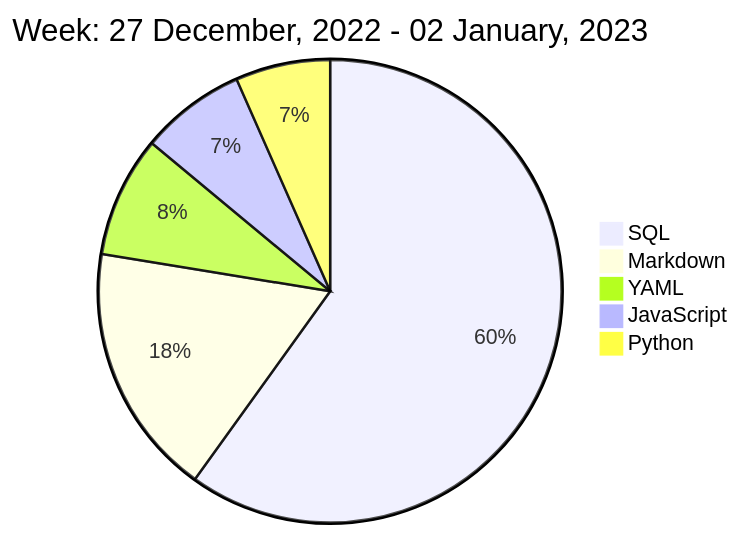
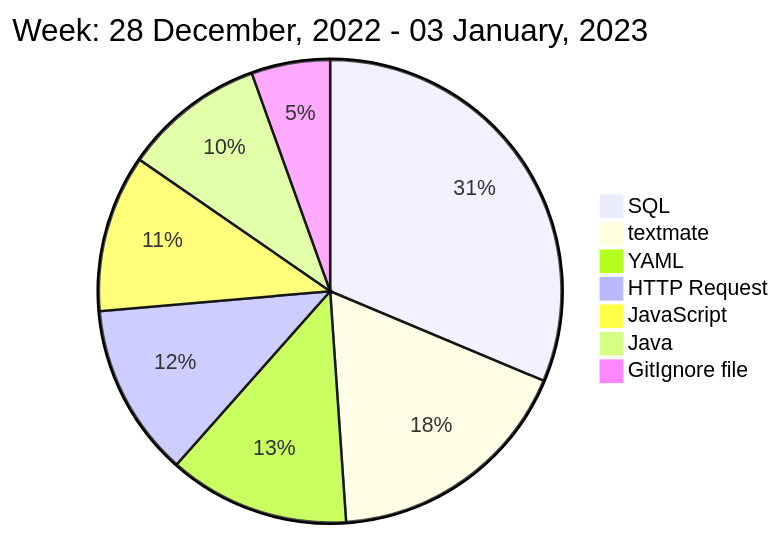
The diagram in README.md (liubin95/liubin95), drawn with Mermaid before and after one commit.

Commit message:
Updated the Graph with new Metrics

````diff
--- a/README.md
+++ b/README.md
@@ -40,9 +40,11 @@
 ```mermaid
  pie
-title Week: 27 December, 2022 - 02 January, 2023
- "SQL" : 1.63
- "Markdown" : 0.48
+title Week: 28 December, 2022 - 03 January, 2023
+ "SQL" : 0.57
+ "textmate" : 0.32
  "YAML" : 0.23
+ "HTTP Request" : 0.22
  "JavaScript" : 0.2
- "Python" : 0.18
+ "Java" : 0.18
+ "GitIgnore file" : 0.1
 ```
````
